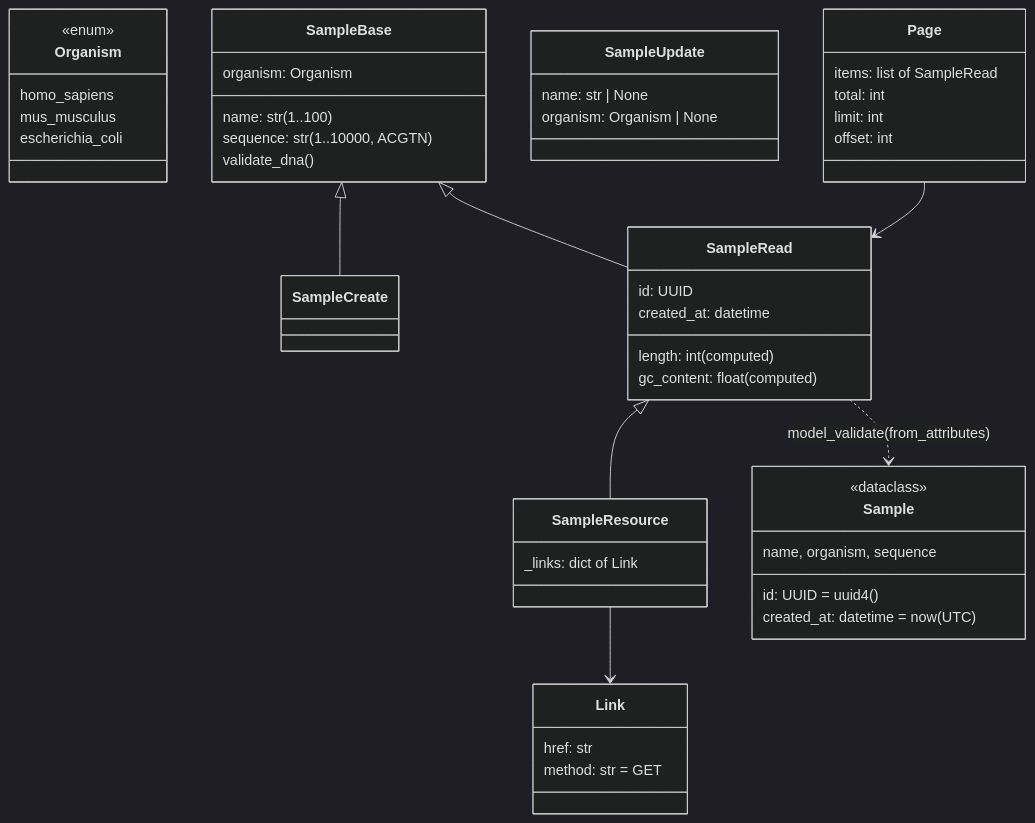
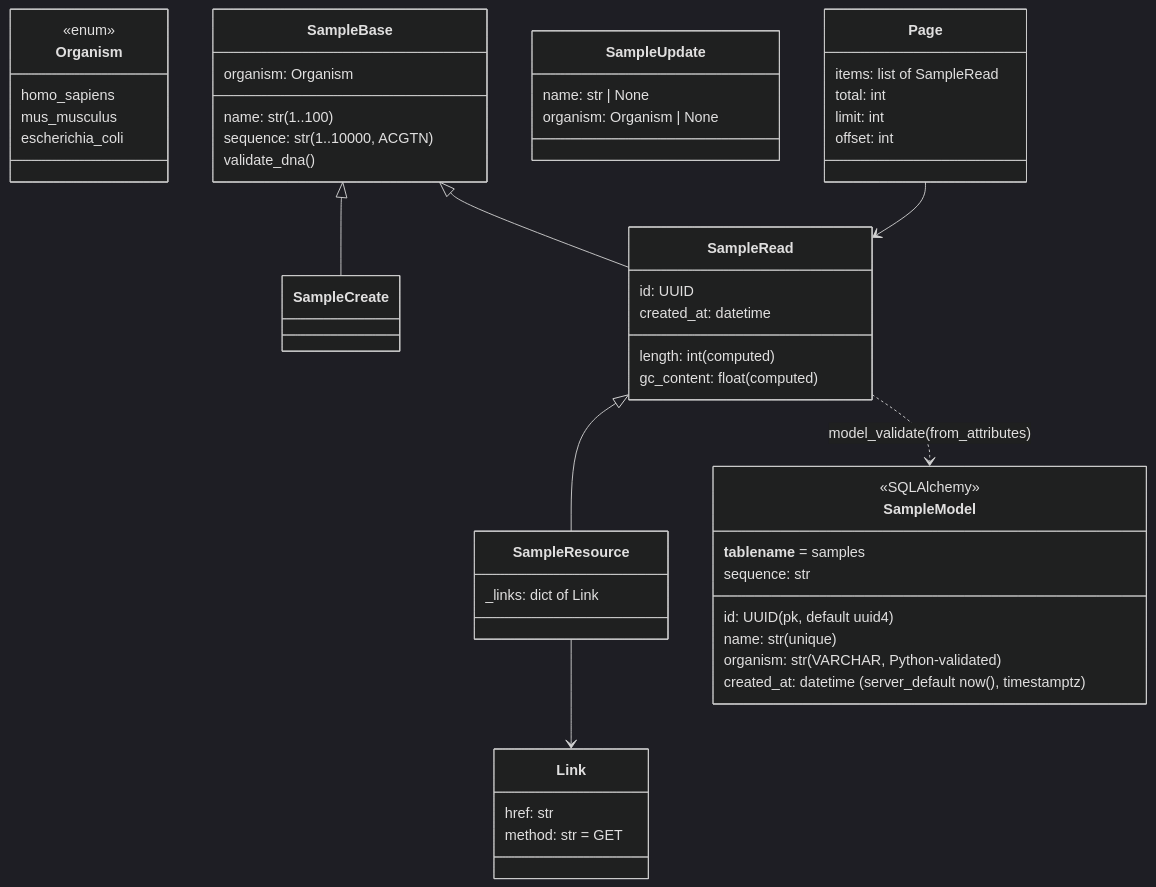
Before and after one commit to SVZhuk/SciInf_training: the third of 3 diagrams in ARCHITECTURE.md, drawn with Mermaid (dark theme). The commit also changed other lines of this file and 24 other files, not shown here.

````diff
--- a/ARCHITECTURE.md
+++ b/ARCHITECTURE.md
@@ -107,51 +125,54 @@
 ```mermaid
 classDiagram
     class Organism {
         <<enum>>
         homo_sapiens
         mus_musculus
         escherichia_coli
     }
     class SampleBase {
         name: str (1..100)
         organism: Organism
         sequence: str (1..10000, ACGTN)
         validate_dna()
     }
     class SampleCreate
     class SampleUpdate {
         name: str | None
         organism: Organism | None
     }
     class SampleRead {
         id: UUID
         created_at: datetime
         length: int (computed)
         gc_content: float (computed)
     }
     class SampleResource {
         _links: dict of Link
     }
     class Link {
         href: str
         method: str = GET
     }
     class Page {
         items: list of SampleRead
         total: int
         limit: int
         offset: int
     }
-    class Sample {
-        <<dataclass>>
-        name, organism, sequence
-        id: UUID = uuid4()
-        created_at: datetime = now(UTC)
+    class SampleModel {
+        <<SQLAlchemy>>
+        __tablename__ = samples
+        id: UUID (pk, default uuid4)
+        name: str (unique)
+        organism: str (VARCHAR, Python-validated)
+        sequence: str
+        created_at: datetime (server_default now(), timestamptz)
     }
     SampleBase <|-- SampleCreate
     SampleBase <|-- SampleRead
     SampleRead <|-- SampleResource
     SampleResource --> Link
     Page --> SampleRead
-    SampleRead ..> Sample : model_validate(from_attributes)
+    SampleRead ..> SampleModel : model_validate(from_attributes)
 ```
````
